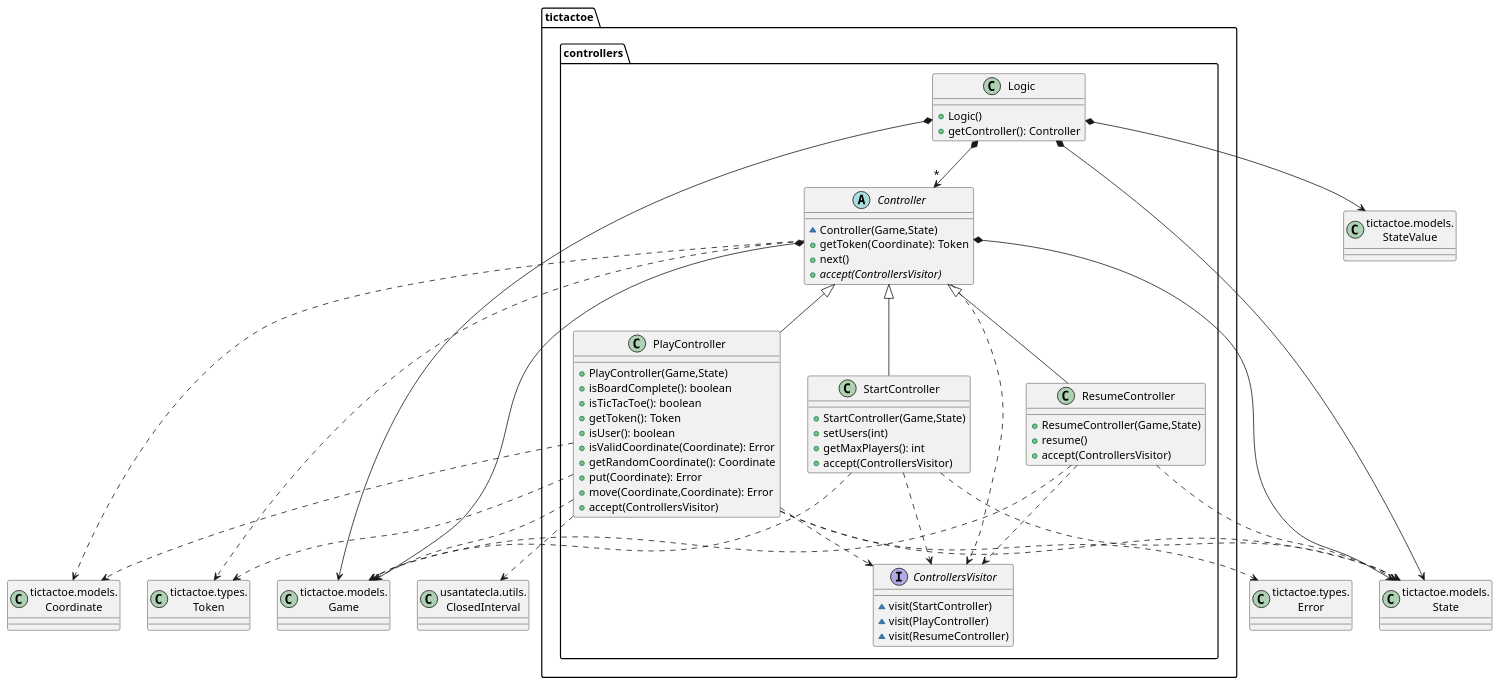
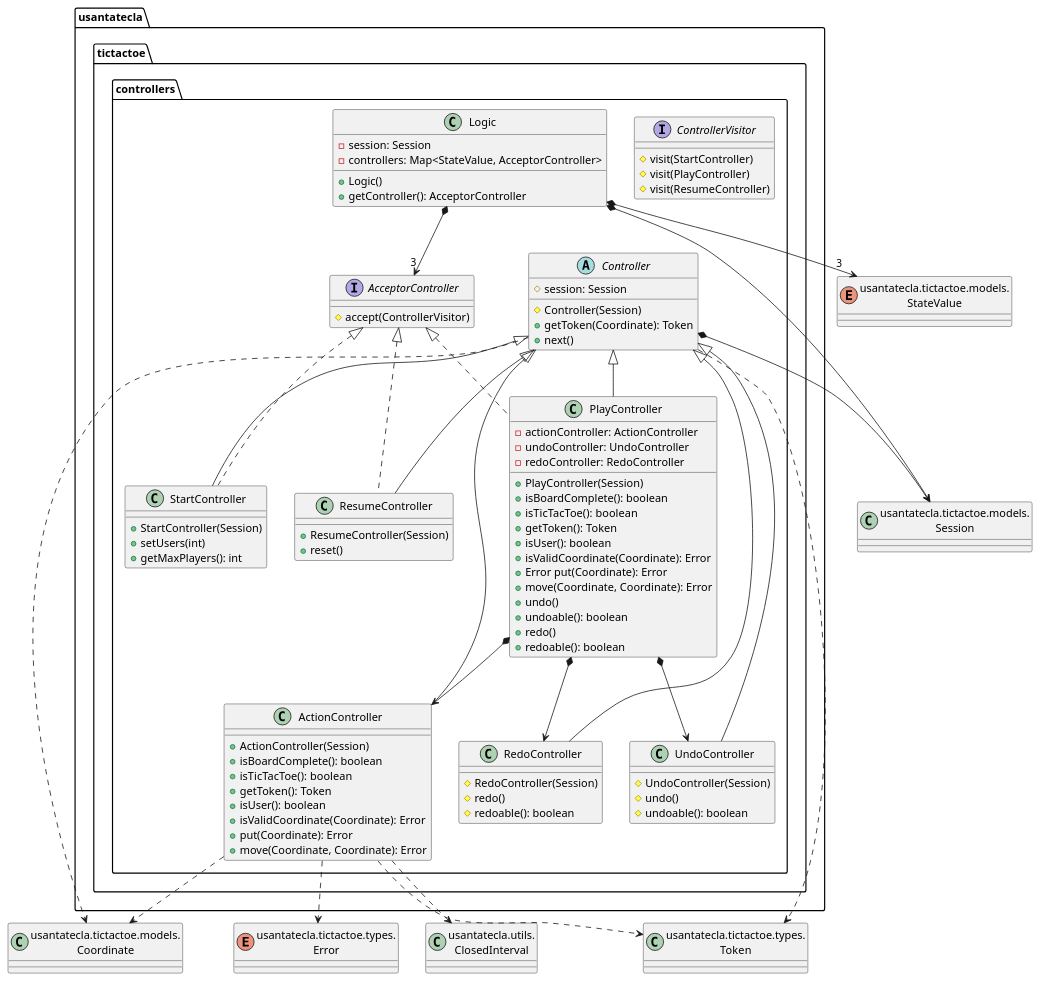
The fifth of 6 diagrams in modelViewPresenter/presentationModel/withComposite/docs/diagrams/src/paquetes.plantuml (Jolucaa/USantaTecla-project-ticTacToe), drawn with PlantUML before and after one commit. The commit also changed other lines of this file and 8 other files, not shown here.

```diff
--- a/modelViewPresenter/presentationModel/withComposite/docs/diagrams/src/paquetes.plantuml
+++ b/modelViewPresenter/presentationModel/withComposite/docs/diagrams/src/paquetes.plantuml
@@ -311,79 +387,139 @@
 @startuml paqueteTicTacToeControllers
-class Game as "tictactoe.models.\nGame" {}
-class Coordinate as "tictactoe.models.\nCoordinate" {}
-class Error as "tictactoe.types.\nError" {}
-class Token as "tictactoe.types.\nToken" {}
-class State as "tictactoe.models.\nState" {}
-class StateValue as "tictactoe.models.\nStateValue" {}
-class ClosedInterval as "usantatecla.utils.\nClosedInterval" {}
 
-abstract class tictactoe.controllers.Controller{
-  ~ Controller(Game,State)
-  + getToken(Coordinate): Token
-  + next()
-  + {abstract} accept(ControllersVisitor)
-}
-tictactoe.controllers.Controller *-down-> Game
-tictactoe.controllers.Controller *-down-> State
-tictactoe.controllers.Controller .down.> Coordinate
-tictactoe.controllers.Controller .down.> Token
-tictactoe.controllers.Controller .down.> tictactoe.controllers.ControllersVisitor
+class Coordinate as "usantatecla.tictactoe.models.\nCoordinate"
+class Session as "usantatecla.tictactoe.models.\nSession"
+class Token as "usantatecla.tictactoe.types.\nToken"
+enum Error as "usantatecla.tictactoe.types.\nError"
+class ClosedInterval as "usantatecla.utils.\nClosedInterval"
+enum StateValue as "usantatecla.tictactoe.models.\nStateValue"
 
-interface tictactoe.controllers.ControllersVisitor{
-  ~ visit(StartController)
-  ~ visit(PlayController)
-  ~ visit(ResumeController)
+abstract class usantatecla.tictactoe.controllers.Controller {
+
+    # session: Session
+
+    # Controller(Session)
+    + getToken(Coordinate): Token
+    + next()
+
 }
 
-class tictactoe.controllers.Logic{
-  + Logic()
-  + getController(): Controller
+usantatecla.tictactoe.controllers.Controller *-down-> Session
+usantatecla.tictactoe.controllers.Controller .down.> Coordinate
+usantatecla.tictactoe.controllers.Controller .down.> Token
+
+class usantatecla.tictactoe.controllers.ActionController {
+
+    + ActionController(Session)
+    + isBoardComplete(): boolean
+    + isTicTacToe(): boolean
+    + getToken(): Token
+    + isUser(): boolean
+    + isValidCoordinate(Coordinate): Error
+    + put(Coordinate): Error
+    + move(Coordinate, Coordinate): Error
+
 }
 
-tictactoe.controllers.Logic *-down-> Game
-tictactoe.controllers.Logic *-down-> State
-tictactoe.controllers.Logic *-down-> StateValue
-tictactoe.controllers.Logic *-down-> "*"tictactoe.controllers.Controller
+usantatecla.tictactoe.controllers.Controller <|-down- usantatecla.tictactoe.controllers.ActionController
+usantatecla.tictactoe.controllers.ActionController .down.> Coordinate
+usantatecla.tictactoe.controllers.ActionController .down.> Error
+usantatecla.tictactoe.controllers.ActionController .down.> Token
+usantatecla.tictactoe.controllers.ActionController .down.> ClosedInterval
 
-class tictactoe.controllers.PlayController{
-  + PlayController(Game,State)
-  + isBoardComplete(): boolean
-  + isTicTacToe(): boolean
-  + getToken(): Token
-  + isUser(): boolean
-  + isValidCoordinate(Coordinate): Error
-  + getRandomCoordinate(): Coordinate
-  + put(Coordinate): Error
-  + move(Coordinate,Coordinate): Error
-  + accept(ControllersVisitor)
+class usantatecla.tictactoe.controllers.RedoController {
+
+    # RedoController(Session)
+    # redo()
+    # redoable(): boolean
+
 }
-tictactoe.controllers.Controller <|-down- tictactoe.controllers.PlayController
-tictactoe.controllers.PlayController .down.> Coordinate
-tictactoe.controllers.PlayController .down.> Error
-tictactoe.controllers.PlayController .down.> Game
-tictactoe.controllers.PlayController .down.> Token
-tictactoe.controllers.PlayController .down.> State
-tictactoe.controllers.PlayController .down.> ClosedInterval
-tictactoe.controllers.PlayController .down.> tictactoe.controllers.ControllersVisitor
 
-class tictactoe.controllers.ResumeController{
-  + ResumeController(Game,State)
-  + resume()
-  + accept(ControllersVisitor)
+usantatecla.tictactoe.controllers.Controller <|-down- usantatecla.tictactoe.controllers.RedoController
+
+class usantatecla.tictactoe.controllers.UndoController {
+
+    #UndoController(Session)
+    # undo()
+    # undoable(): boolean
+
 }
-tictactoe.controllers.Controller <|-down- tictactoe.controllers.ResumeController
-tictactoe.controllers.ResumeController .down.> Game
-tictactoe.controllers.ResumeController .down.> State
-tictactoe.controllers.ResumeController .down.> tictactoe.controllers.ControllersVisitor
 
-class tictactoe.controllers.StartController{
-  + StartController(Game,State)
-  + setUsers(int)
-  + getMaxPlayers(): int
-  + accept(ControllersVisitor)
+usantatecla.tictactoe.controllers.Controller <|-down- usantatecla.tictactoe.controllers.UndoController
+
+interface usantatecla.tictactoe.controllers.AcceptorController {
+
+    # accept(ControllerVisitor)
+
 }
-tictactoe.controllers.Controller <|-down- tictactoe.controllers.StartController
-tictactoe.controllers.StartController .down.> Game
-tictactoe.controllers.StartController .down.> State
-tictactoe.controllers.StartController .down.> tictactoe.controllers.ControllersVisitor
+
+interface usantatecla.tictactoe.controllers.ControllerVisitor {
+
+    # visit(StartController)
+    # visit(PlayController)
+    # visit(ResumeController)
+
+}
+
+class usantatecla.tictactoe.controllers.PlayController {
+
+    - actionController: ActionController
+    - undoController: UndoController
+    - redoController: RedoController
+
+    + PlayController(Session)
+    + isBoardComplete(): boolean
+    + isTicTacToe(): boolean
+    + getToken(): Token
+    + isUser(): boolean
+    + isValidCoordinate(Coordinate): Error
+    + Error put(Coordinate): Error
+    + move(Coordinate, Coordinate): Error
+    + undo()
+    + undoable(): boolean
+    + redo()
+    + redoable(): boolean
+
+}
+
+usantatecla.tictactoe.controllers.Controller <|-down- usantatecla.tictactoe.controllers.PlayController
+usantatecla.tictactoe.controllers.AcceptorController <|.down. usantatecla.tictactoe.controllers.PlayController
+usantatecla.tictactoe.controllers.PlayController *-down-> usantatecla.tictactoe.controllers.ActionController
+usantatecla.tictactoe.controllers.PlayController *-down-> usantatecla.tictactoe.controllers.UndoController
+usantatecla.tictactoe.controllers.PlayController *-down-> usantatecla.tictactoe.controllers.RedoController
+
+class usantatecla.tictactoe.controllers.StartController {
+
+    + StartController(Session)
+    + setUsers(int)
+    + getMaxPlayers(): int
+
+}
+
+usantatecla.tictactoe.controllers.Controller <|-down- usantatecla.tictactoe.controllers.StartController
+usantatecla.tictactoe.controllers.AcceptorController <|.down. usantatecla.tictactoe.controllers.StartController
+
+class usantatecla.tictactoe.controllers.ResumeController {
+
+    + ResumeController(Session)
+    + reset()
+
+}
+
+usantatecla.tictactoe.controllers.Controller <|-down- usantatecla.tictactoe.controllers.ResumeController
+usantatecla.tictactoe.controllers.AcceptorController <|.down. usantatecla.tictactoe.controllers.ResumeController
+
+class usantatecla.tictactoe.controllers.Logic {
+
+    - session: Session
+    - controllers: Map<StateValue, AcceptorController>
+
+    + Logic()
+    + getController(): AcceptorController
+
+}
+
+usantatecla.tictactoe.controllers.Logic *-down-> Session
+usantatecla.tictactoe.controllers.Logic *-down-> "3" usantatecla.tictactoe.controllers.AcceptorController
+usantatecla.tictactoe.controllers.Logic *-down-> "3" StateValue
+
 @enduml
```
